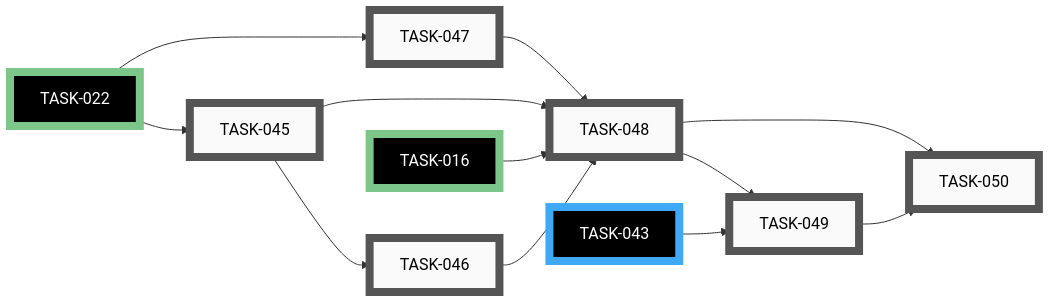
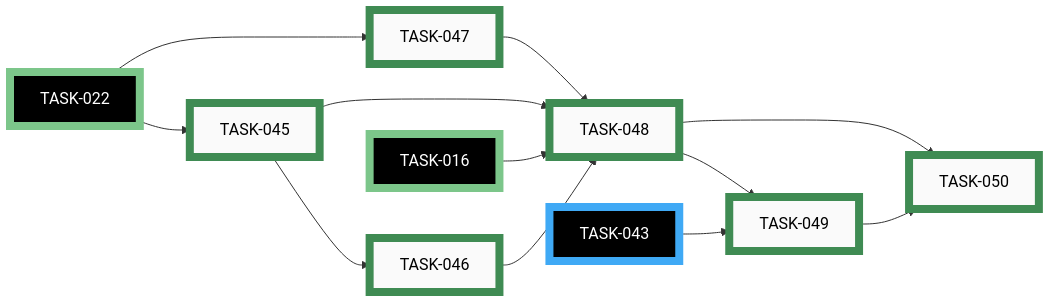
One commit to tgd1975/PartsLedger changed the seventh of 9 diagrams in docs/developers/tasks/EPICS.md. Above: the diagram before and after it, drawn with Mermaid. The commit also changed other lines of this file and 28 other files, not shown here.

First line of the commit message:
enrichment: Nexar + cache + family fallback + orchestrator + dispatch (EPIC-007)

````diff
--- a/docs/developers/tasks/EPICS.md
+++ b/docs/developers/tasks/EPICS.md
@@ -359,40 +359,40 @@
 ```mermaid
 graph LR
-    TASK_045["TASK-045"]:::open
-    TASK_046["TASK-046"]:::open
-    TASK_047["TASK-047"]:::open
-    TASK_048["TASK-048"]:::open
-    TASK_049["TASK-049"]:::open
-    TASK_050["TASK-050"]:::open
+    TASK_045["TASK-045"]:::closed
+    TASK_046["TASK-046"]:::closed
+    TASK_047["TASK-047"]:::closed
+    TASK_048["TASK-048"]:::closed
+    TASK_049["TASK-049"]:::closed
+    TASK_050["TASK-050"]:::closed
     TASK_016["TASK-016"]:::closedExt
     TASK_022["TASK-022"]:::closedExt
     TASK_043["TASK-043"]:::activeExt
     TASK_022 --> TASK_045
     TASK_045 --> TASK_046
     TASK_022 --> TASK_047
     TASK_016 --> TASK_048
     TASK_045 --> TASK_048
     TASK_046 --> TASK_048
     TASK_047 --> TASK_048
     TASK_043 --> TASK_049
     TASK_048 --> TASK_049
     TASK_048 --> TASK_050
     TASK_049 --> TASK_050
-    click TASK_045 "open/task-045-nexar-graphql-adapter.md"
-    click TASK_046 "open/task-046-nexar-response-cache.md"
-    click TASK_047 "open/task-047-family-datasheet-fallback.md"
-    click TASK_048 "open/task-048-enrichment-orchestrator.md"
-    click TASK_049 "open/task-049-camera-async-dispatch.md"
-    click TASK_050 "open/task-050-skill-sync-chain.md"
+    click TASK_045 "closed/task-045-nexar-graphql-adapter.md"
+    click TASK_046 "closed/task-046-nexar-response-cache.md"
+    click TASK_047 "closed/task-047-family-datasheet-fallback.md"
+    click TASK_048 "closed/task-048-enrichment-orchestrator.md"
+    click TASK_049 "closed/task-049-camera-async-dispatch.md"
+    click TASK_050 "closed/task-050-skill-sync-chain.md"
     click TASK_016 "closed/task-016-inventory-writer-module.md"
     click TASK_022 "closed/task-022-adopt-src-layout.md"
     click TASK_043 "active/task-043-recognition-pipeline-glue.md"
     classDef open    fill:#FAFAFA,stroke:#555,stroke-width:8px,color:#000
     classDef active  fill:#FAFAFA,stroke:#1A6FA8,stroke-width:8px,color:#000
     classDef closed  fill:#FAFAFA,stroke:#3F8B53,stroke-width:8px,color:#000
     classDef paused  fill:#FAFAFA,stroke:#B07810,stroke-width:8px,color:#000
     classDef openExt    fill:#000,stroke:#888,stroke-width:8px,color:#FFF
     classDef activeExt  fill:#000,stroke:#3FA9F5,stroke-width:8px,color:#FFF
     classDef closedExt  fill:#000,stroke:#7CC68A,stroke-width:8px,color:#FFF
     classDef pausedExt  fill:#000,stroke:#F0B030,stroke-width:8px,color:#FFF
 ```
````
